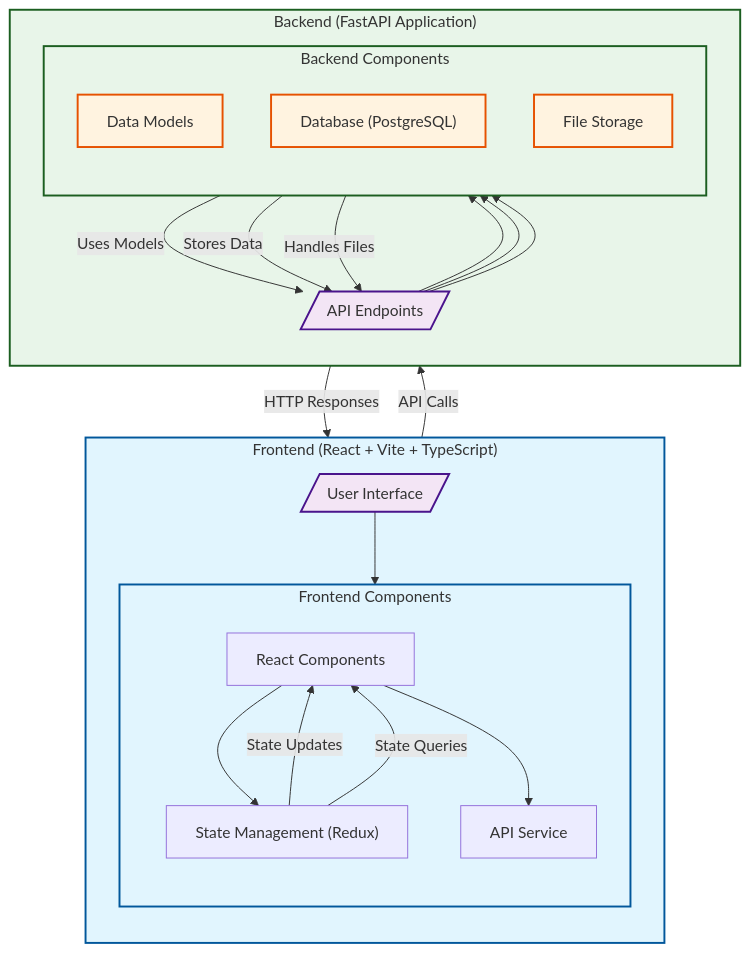
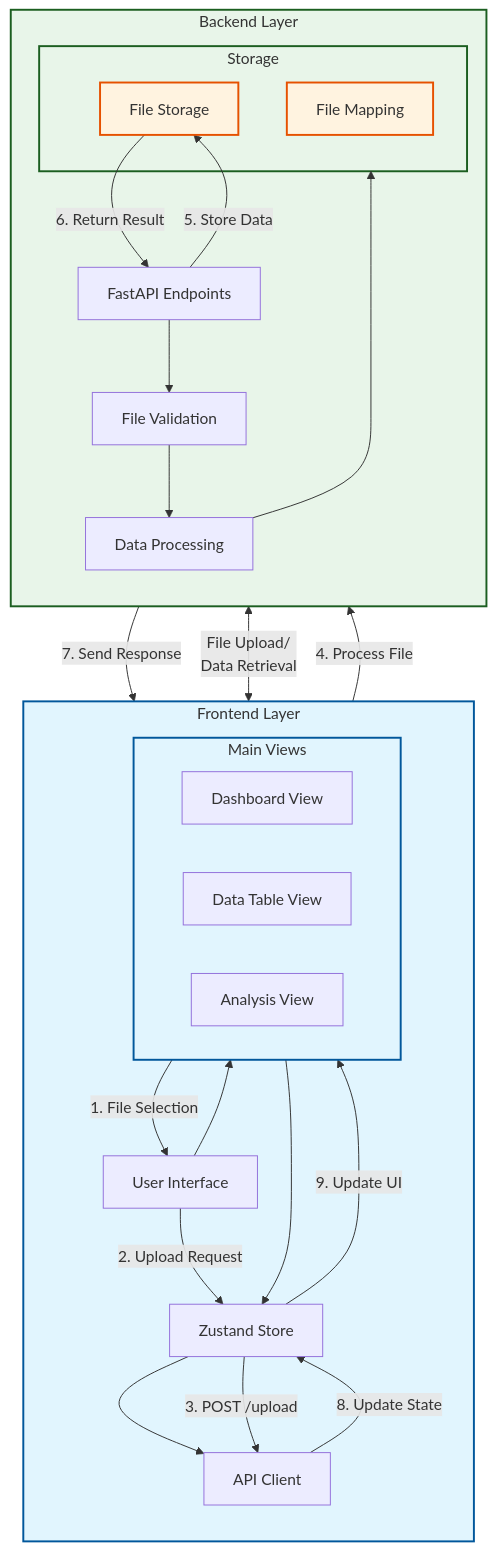
Before and after one commit to mosait/Drone_Data_Analyzer: the diagram in docs/Backend_fronend.mmd, drawn with Mermaid. The commit also changed 1 other file, not shown here.

Commit message:
Documentation

````diff
--- a/docs/Backend_fronend.mmd
+++ b/docs/Backend_fronend.mmd
@@ -1,59 +1,63 @@
 ```mermaid
 flowchart TB
     %% Styling
     classDef frontendClass fill:#e1f5fe,stroke:#01579b,stroke-width:2px
     classDef backendClass fill:#e8f5e9,stroke:#1b5e20,stroke-width:2px
-    classDef storageClass fill:#fff3e0,stroke:#e65100,stroke-width:2px
-    classDef toolClass fill:#f3e5f5,stroke:#4a148c,stroke-width:2px
+    classDef dataClass fill:#fff3e0,stroke:#e65100,stroke-width:2px
 
-    %% Frontend Layer
-    subgraph Frontend["Frontend (React + Vite + TypeScript)"]
+    %% Frontend Components
+    subgraph Frontend["Frontend Layer"]
         direction TB
-        UI[/"User Interface"/]
-
-        subgraph FComponents["Frontend Components"]
-            direction TB
-            RC["React Components"]
-            SM["State Management (Redux)"]
-            APIService["API Service"]
+        UI["User Interface"]
+        Store["Zustand Store"]
+        API["API Client"]
+        
+        subgraph Views["Main Views"]
+            Dashboard["Dashboard View"]
+            DataTable["Data Table View"]
+            Analysis["Analysis View"]
         end
     end
 
-    %% Backend Layer
-    subgraph Backend["Backend (FastAPI Application)"]
+    %% Backend Components
+    subgraph Backend["Backend Layer"]
         direction TB
-        API[/"API Endpoints"/]
-
-        subgraph BComponents["Backend Components"]
-            direction TB
-            DM["Data Models"]
-            DB["Database (PostgreSQL)"]
-            FS["File Storage"]
+        Endpoints["FastAPI Endpoints"]
+        Processing["Data Processing"]
+        Validation["File Validation"]
+        
+        subgraph Storage["Storage"]
+            Files["File Storage"]
+            Mapping["File Mapping"]
         end
     end
 
-    %% Connections
-    UI --> RC
-    RC --> SM
-    RC --> APIService
+    %% Frontend Internal Flow
+    UI --> Views
+    Views --> Store
+    Store --> API
+    
+    %% Backend Internal Flow
+    Endpoints --> Validation
+    Validation --> Processing
+    Processing --> Storage
+    
+    %% Cross-Layer Communication
+    API <--> |"File Upload/\nData Retrieval"| Endpoints
+    
+    %% Main Data Operations
+    Views -- "1. File Selection" --> UI
+    UI -- "2. Upload Request" --> Store
+    Store -- "3. POST /upload" --> API
+    API -- "4. Process File" --> Endpoints
+    Endpoints -- "5. Store Data" --> Files
+    Files -- "6. Return Result" --> Endpoints
+    Endpoints -- "7. Send Response" --> API
+    API -- "8. Update State" --> Store
+    Store -- "9. Update UI" --> Views
 
-    SM --"State Updates"--> RC
-    SM --"State Queries"--> RC
-
-    APIService --"API Calls"--> API
-    API --"HTTP Responses"--> APIService
-
-    API --> DM
-    API --> DB
-    API --> FS
-
-    DM --"Uses Models"--> API
-    DB --"Stores Data"--> API
-    FS --"Handles Files"--> API
-
-    %% Adjusted Styling and Spacing
-    class Frontend,FComponents frontendClass
-    class Backend,BComponents backendClass
-    class UI,API toolClass
-    class DM,DB,FS storageClass
+    %% Apply Styles
+    class Frontend,Views frontendClass
+    class Backend,Storage backendClass
+    class Files,Mapping dataClass
 ```
````
